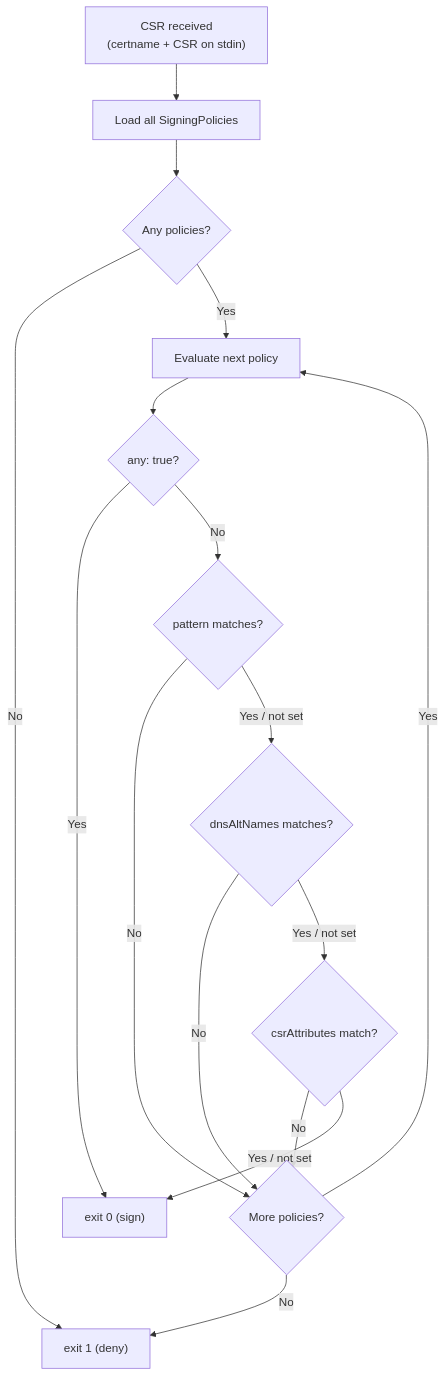
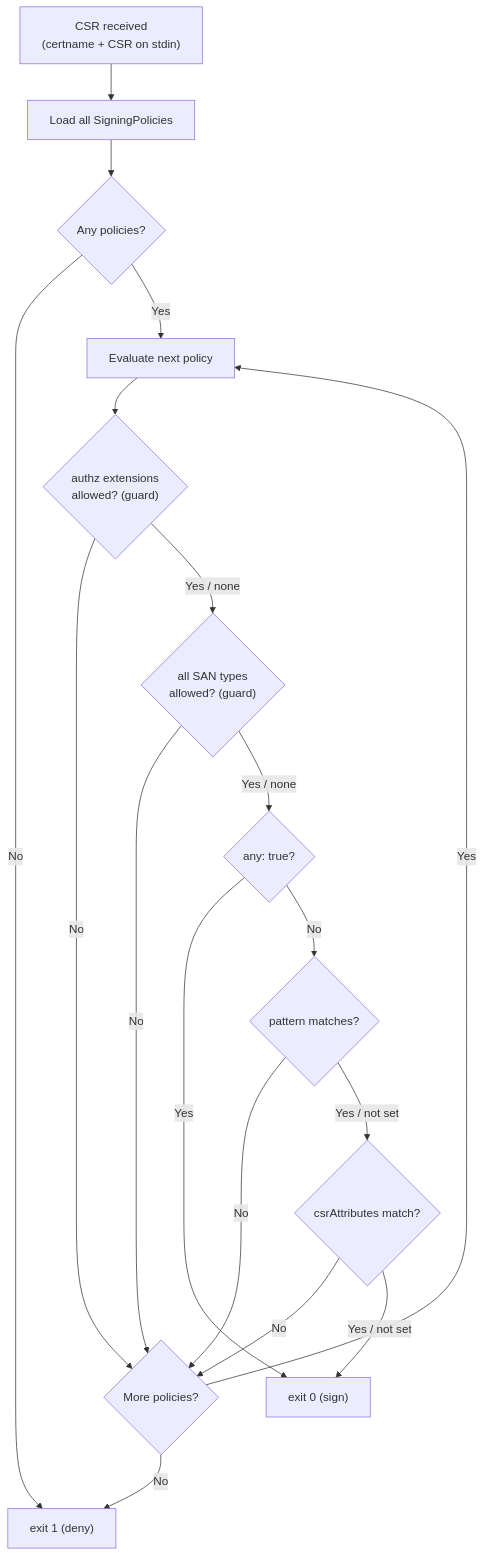
Before and after one commit to slauger/openvox-operator: the diagram in docs/reference/signingpolicy.md, drawn with Mermaid. The commit also changed other lines of this file and 11 other files, not shown here.

````diff
--- a/docs/reference/signingpolicy.md
+++ b/docs/reference/signingpolicy.md
@@ -149,24 +207,27 @@
 ```mermaid
 flowchart TD
     Start["CSR received<br/>(certname + CSR on stdin)"] --> Load["Load all SigningPolicies"]
     Load --> Any{"Any policies?"}
     Any -->|No| Deny
 
     Any -->|Yes| Loop["Evaluate next policy"]
-    Loop --> CheckAny{"any: true?"}
+    Loop --> CheckExt{"authz extensions<br/>allowed? (guard)"}
+    CheckExt -->|No| Next
+    CheckExt -->|Yes / none| CheckSAN{"all SAN types<br/>allowed? (guard)"}
+    CheckSAN -->|No| Next
+
+    CheckSAN -->|Yes / none| CheckAny{"any: true?"}
     CheckAny -->|Yes| Sign
 
     CheckAny -->|No| CheckPattern{"pattern matches?"}
     CheckPattern -->|No| Next
-    CheckPattern -->|Yes / not set| CheckSAN{"dnsAltNames matches?"}
-    CheckSAN -->|No| Next
-    CheckSAN -->|Yes / not set| CheckCSR{"csrAttributes match?"}
+    CheckPattern -->|Yes / not set| CheckCSR{"csrAttributes match?"}
     CheckCSR -->|No| Next
     CheckCSR -->|Yes / not set| Sign
 
     Next{"More policies?"} -->|Yes| Loop
     Next -->|No| Deny
 
     Sign["exit 0 (sign)"]
     Deny["exit 1 (deny)"]
 ```
````
